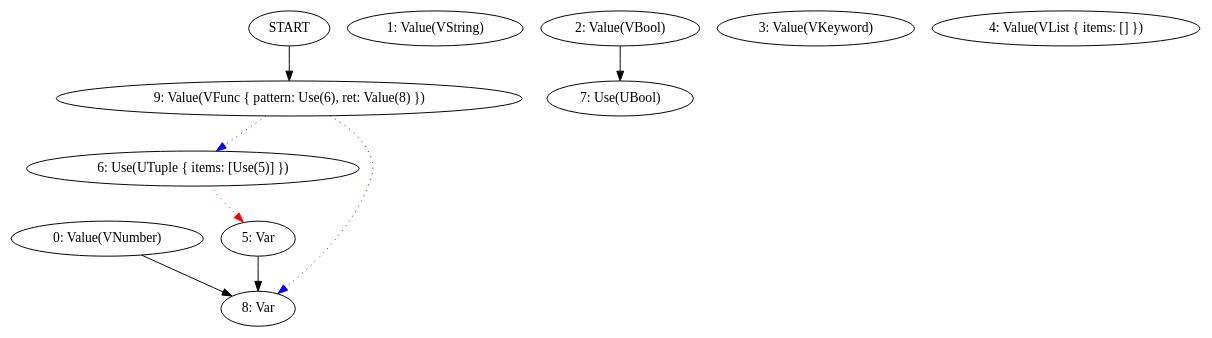
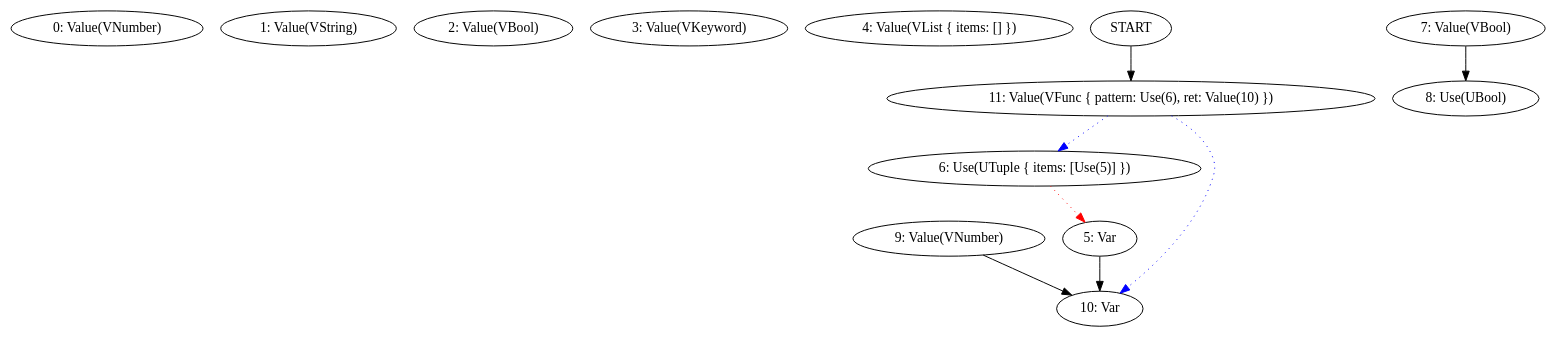
Before and after one commit to frondeus/project-s: the diagram in docs/log/2025-06-18.md, drawn with Graphviz. The commit also changed 18 other files, not shown here.

````diff
--- a/docs/log/2025-06-18.md
+++ b/docs/log/2025-06-18.md
@@ -18,22 +18,24 @@
 ```graphviz
 digraph G {
 N0 [label="0: Value(VNumber)"];
 N1 [label="1: Value(VString)"];
 N2 [label="2: Value(VBool)"];
 N3 [label="3: Value(VKeyword)"];
 N4 [label="4: Value(VList { items: [] })"];
 N5 [label="5: Var"];
 N6 [label="6: Use(UTuple { items: [Use(5)] })"];
-N7 [label="7: Use(UBool)"];
-N8 [label="8: Var"];
-N9 [label="9: Value(VFunc { pattern: Use(6), ret: Value(8) })"];
-START -> N9
+N7 [label="7: Value(VBool)"];
+N8 [label="8: Use(UBool)"];
+N9 [label="9: Value(VNumber)"];
+N10 [label="10: Var"];
+N11 [label="11: Value(VFunc { pattern: Use(6), ret: Value(10) })"];
+START -> N11
 N6 -> N5 [color=red, style=dotted];
-N9 -> N6 [color=blue, style=dotted];
-N9 -> N8 [color=blue, style=dotted];
-N0 -> N8;
-N2 -> N7;
-N5 -> N8;
+N11 -> N6 [color=blue, style=dotted];
+N11 -> N10 [color=blue, style=dotted];
+N5 -> N10;
+N7 -> N8;
+N9 -> N10;
 }
 
 ```
````
